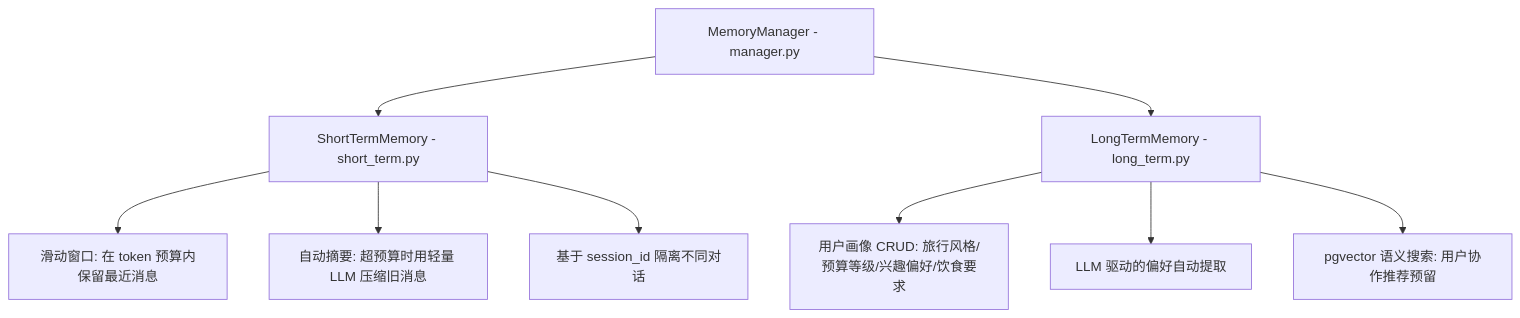
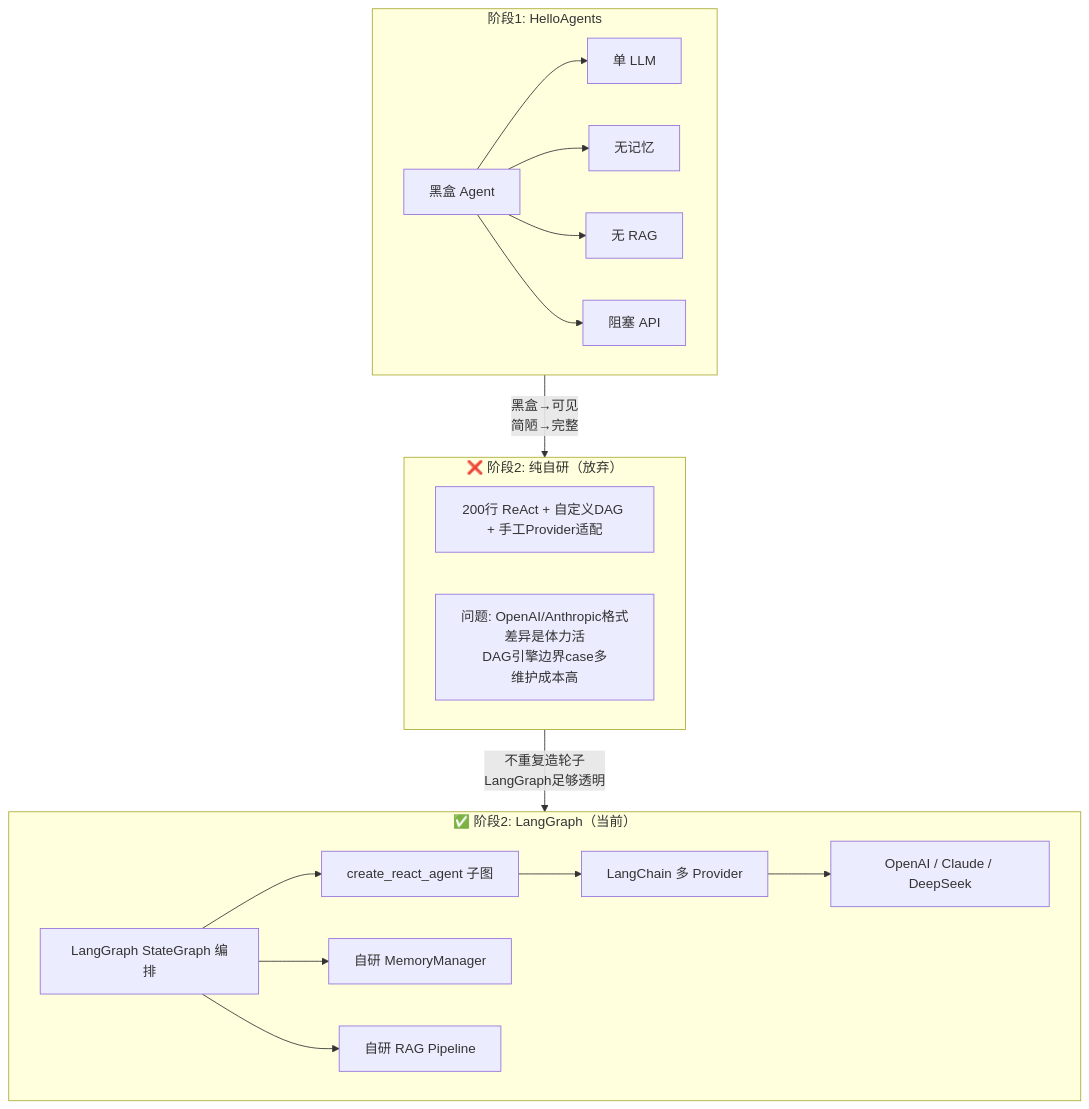
The third of 7 diagrams in README.md (qiongzhu0524/TripPlaner), drawn with Mermaid before and after one commit. The commit also changed other lines of this file and 38 other files, not shown here.

````diff
--- a/README.md
+++ b/README.md
@@ -270,12 +412,25 @@
 ```mermaid
 graph TB
-    MM[MemoryManager - manager.py]
-    MM --> STM[ShortTermMemory - short_term.py]
-    MM --> LTM[LongTermMemory - long_term.py]
-    STM --> SW[滑动窗口: 在 token 预算内保留最近消息]
-    STM --> AS[自动摘要: 超预算时用轻量 LLM 压缩旧消息]
-    STM --> SI[基于 session_id 隔离不同对话]
-    LTM --> UP[用户画像 CRUD: 旅行风格/预算等级/兴趣偏好/饮食要求]
-    LTM --> PE[LLM 驱动的偏好自动提取]
-    LTM --> VS[pgvector 语义搜索: 用户协作推荐预留]
+    subgraph HelloAgents["阶段1: HelloAgents"]
+        H1[黑盒 Agent] --> H2[单 LLM]
+        H1 --> H3[无记忆]
+        H1 --> H4[无 RAG]
+        H1 --> H5[阻塞 API]
+    end
+
+    subgraph SelfBuilt["❌ 阶段2: 纯自研（放弃）"]
+        S1["200行 ReAct + 自定义DAG + 手工Provider适配"]
+        S2["问题: OpenAI/Anthropic格式差异是体力活<br/>DAG引擎边界case多<br/>维护成本高"]
+    end
+
+    subgraph Current["✅ 阶段2: LangGraph（当前）"]
+        C1[LangGraph StateGraph 编排] --> C2[create_react_agent 子图]
+        C1 --> C3[自研 MemoryManager]
+        C1 --> C4[自研 RAG Pipeline]
+        C2 --> C5[LangChain 多 Provider]
+        C5 --> C6[OpenAI / Claude / DeepSeek]
+    end
+
+    HelloAgents -->|"黑盒→可见<br/>简陋→完整"| SelfBuilt
+    SelfBuilt -->|"不重复造轮子<br/>LangGraph足够透明"| Current
 ```
````
